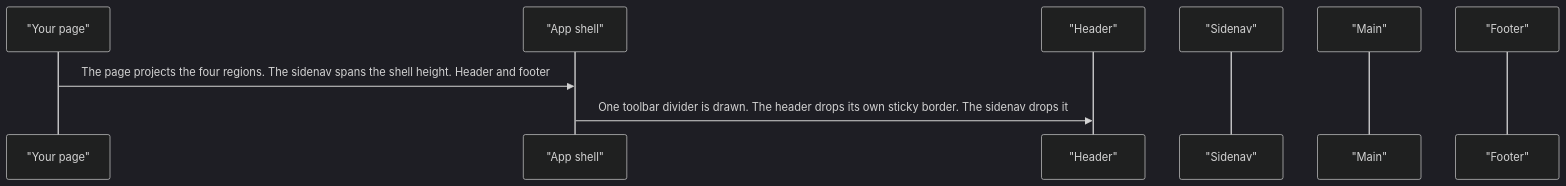
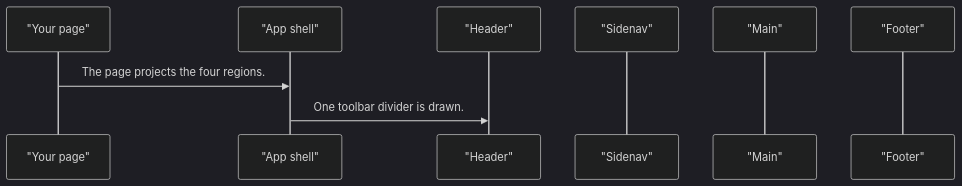
The second of 3 diagrams in projects/pixel-ui/src/lib/pixel-app-shell/DESIGN.md (RajshekharBorate/pixel-ui), drawn with Mermaid (dark theme) before and after one commit. The commit also changed other lines of this file and 80 other files, not shown here.

Commit message:
Fill missing design flows and correct the stories that did not match component behavior.

````diff
--- a/projects/pixel-ui/src/lib/pixel-app-shell/DESIGN.md
+++ b/projects/pixel-ui/src/lib/pixel-app-shell/DESIGN.md
@@ -49,11 +49,11 @@
 ```mermaid
 sequenceDiagram
   participant page as "Your page"
   participant shell as "App shell"
   participant header as "Header"
   participant nav as "Sidenav"
   participant main as "Main"
   participant footer as "Footer"
-  page->>shell: The page projects the four regions. The sidenav spans the shell height. Header and footer 
-  shell->>header: One toolbar divider is drawn. The header drops its own sticky border. The sidenav drops it
+  page->>shell: The page projects the four regions.
+  shell->>header: One toolbar divider is drawn.
 ```
````
